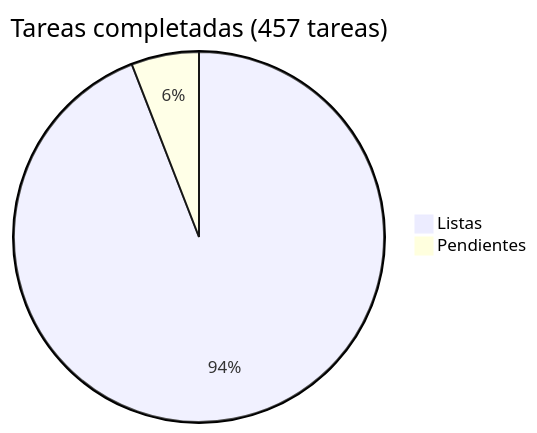
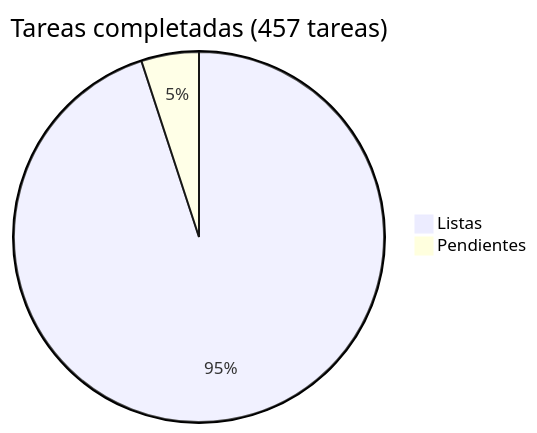
The diagram in docs/roadmap/README.md (araguaney-lat/araguaney), drawn with Mermaid before and after one commit. The commit also changed other lines of this file and 17 other files, not shown here.

````diff
--- a/docs/roadmap/README.md
+++ b/docs/roadmap/README.md
@@ -5,5 +5,5 @@
 ```mermaid
 pie title Tareas completadas (457 tareas)
-    "Listas" : 430
-    "Pendientes" : 27
+    "Listas" : 434
+    "Pendientes" : 23
 ```
````
